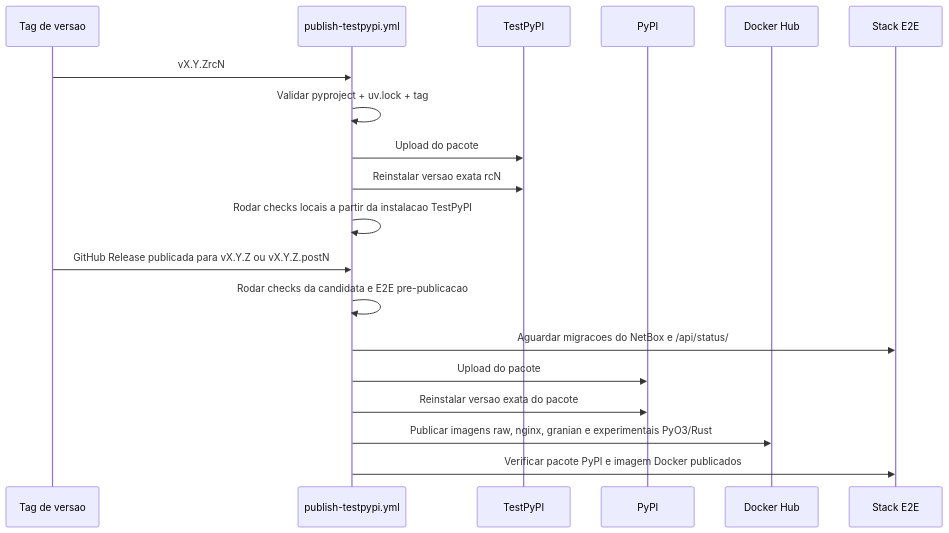
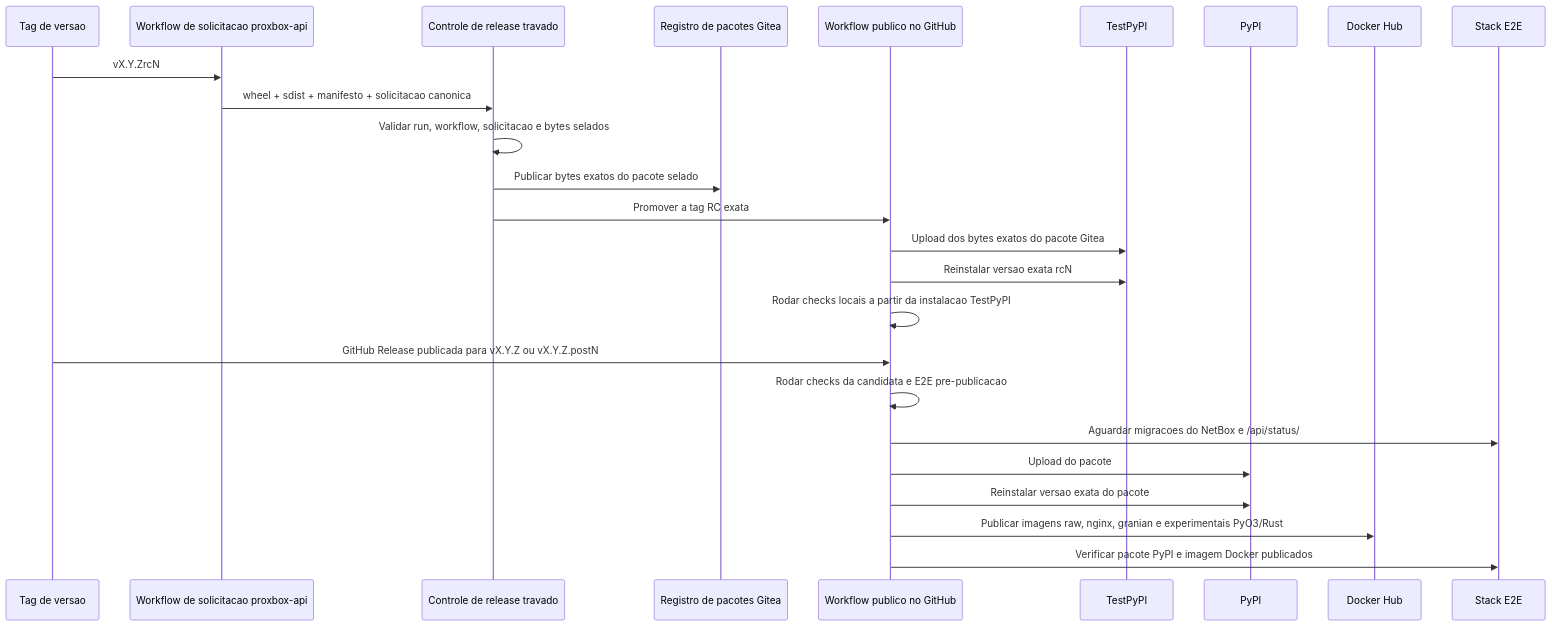
The second of 2 diagrams in docs/pt-BR/development/release-publishing.md (emersonfelipesp/proxbox-api), drawn with Mermaid before and after one commit. The commit also changed other lines of this file and 11 other files, not shown here.

Commit message:
Harden locked release-control handoff

````diff
--- a/docs/pt-BR/development/release-publishing.md
+++ b/docs/pt-BR/development/release-publishing.md
@@ -45,23 +46,29 @@
 ```mermaid
 sequenceDiagram
     participant Tag as Tag de versao
-    participant WF as publish-testpypi.yml
+    participant TargetWF as Workflow de solicitacao proxbox-api
+    participant Control as Controle de release travado
+    participant GP as Registro de pacotes Gitea
+    participant WF as Workflow publico no GitHub
     participant TP as TestPyPI
     participant PY as PyPI
     participant DH as Docker Hub
     participant E2E as Stack E2E
 
-    Tag->>WF: vX.Y.ZrcN
-    WF->>WF: Validar pyproject + uv.lock + tag
-    WF->>TP: Upload do pacote
+    Tag->>TargetWF: vX.Y.ZrcN
+    TargetWF->>Control: wheel + sdist + manifesto + solicitacao canonica
+    Control->>Control: Validar run, workflow, solicitacao e bytes selados
+    Control->>GP: Publicar bytes exatos do pacote selado
+    Control->>WF: Promover a tag RC exata
+    WF->>TP: Upload dos bytes exatos do pacote Gitea
     WF->>TP: Reinstalar versao exata rcN
     WF->>WF: Rodar checks locais a partir da instalacao TestPyPI
 
     Tag->>WF: GitHub Release publicada para vX.Y.Z ou vX.Y.Z.postN
     WF->>WF: Rodar checks da candidata e E2E pre-publicacao
     WF->>E2E: Aguardar migracoes do NetBox e /api/status/
     WF->>PY: Upload do pacote
     WF->>PY: Reinstalar versao exata do pacote
     WF->>DH: Publicar imagens raw, nginx, granian e experimentais PyO3/Rust
     WF->>E2E: Verificar pacote PyPI e imagem Docker publicados
 ```
````
